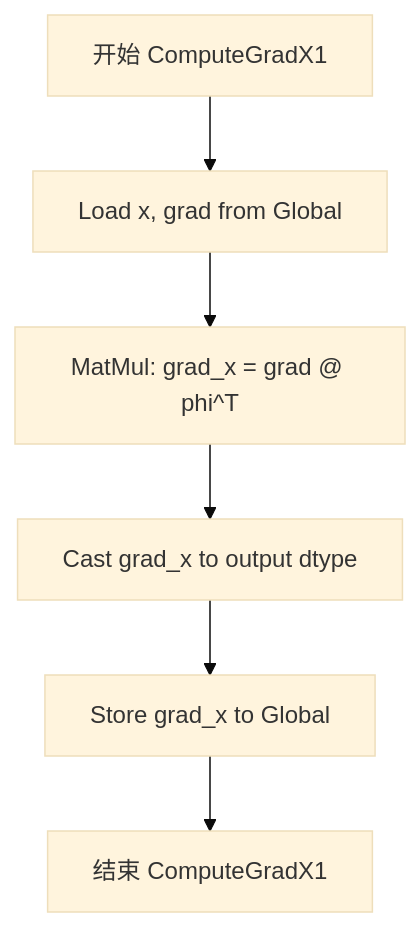
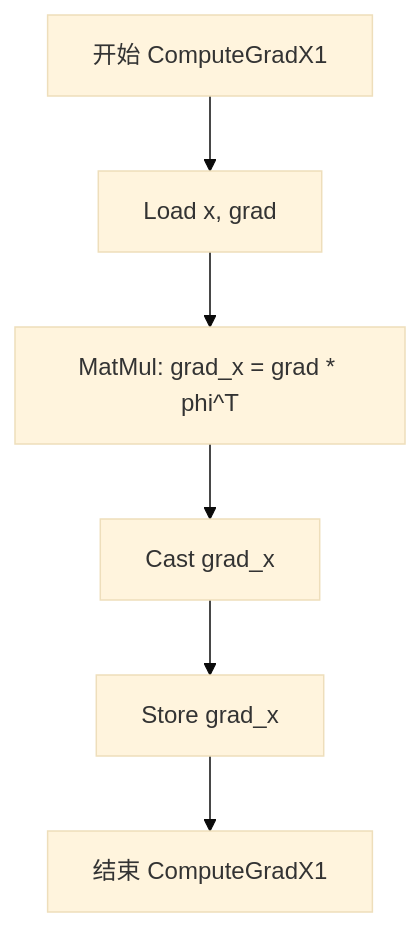
One commit to ChunnX/ops-transformer changed the ninth of 10 diagrams in mhc/mhc_pre_clamp_sinkhorn_backward/docs/MhcPreClampSinkhornBackward_Design.md. Above: the diagram before and after it, drawn with Mermaid (base theme). The commit also changed other lines of this file, not shown here.

````diff
--- a/mhc/mhc_pre_clamp_sinkhorn_backward/docs/MhcPreClampSinkhornBackward_Design.md
+++ b/mhc/mhc_pre_clamp_sinkhorn_backward/docs/MhcPreClampSinkhornBackward_Design.md
@@ -434,8 +434,8 @@
 ```mermaid
-flowchart TD
-    A[开始 ComputeGradX1] --> B[Load x, grad from Global]
-    B --> C[MatMul: grad_x = grad @ phi^T]
-    C --> D[Cast grad_x to output dtype]
-    D --> E[Store grad_x to Global]
+graph TD
+    A[开始 ComputeGradX1] --> B[Load x, grad]
+    B --> C[MatMul: grad_x = grad * phi^T]
+    C --> D[Cast grad_x]
+    D --> E[Store grad_x]
     E --> F[结束 ComputeGradX1]
 ```
````
